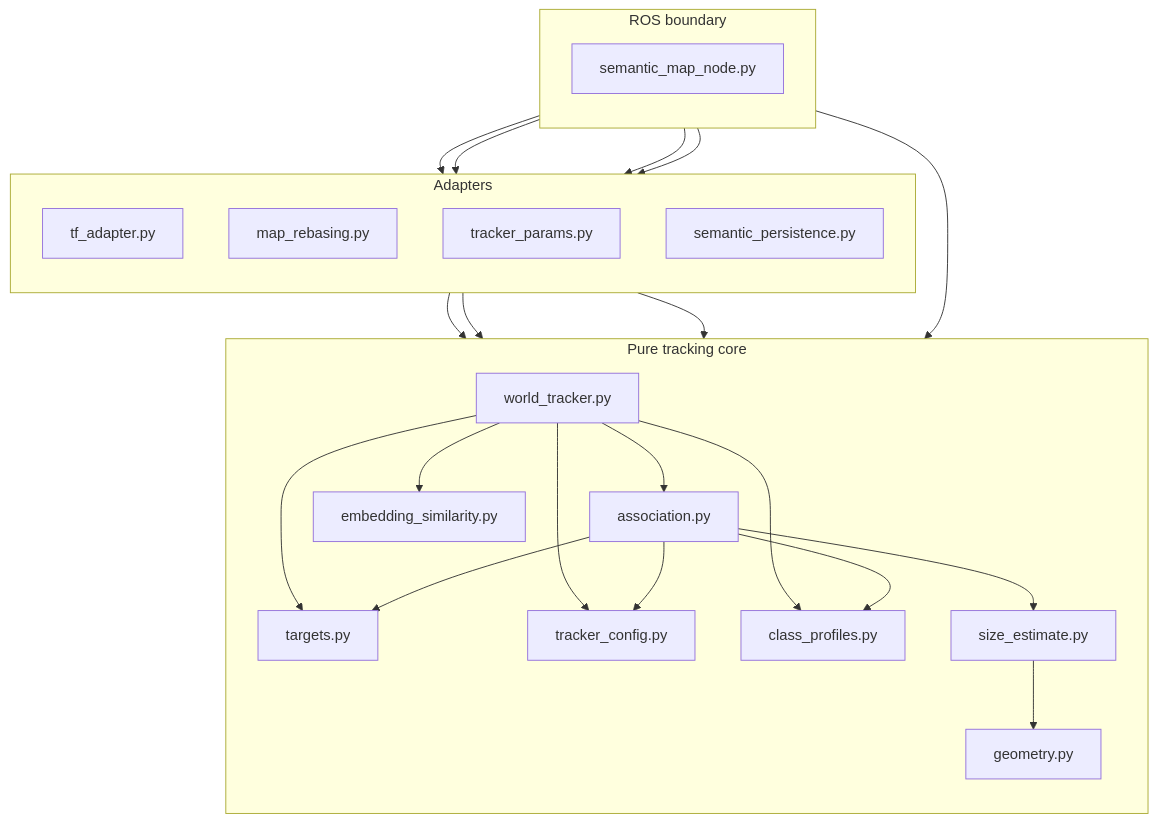
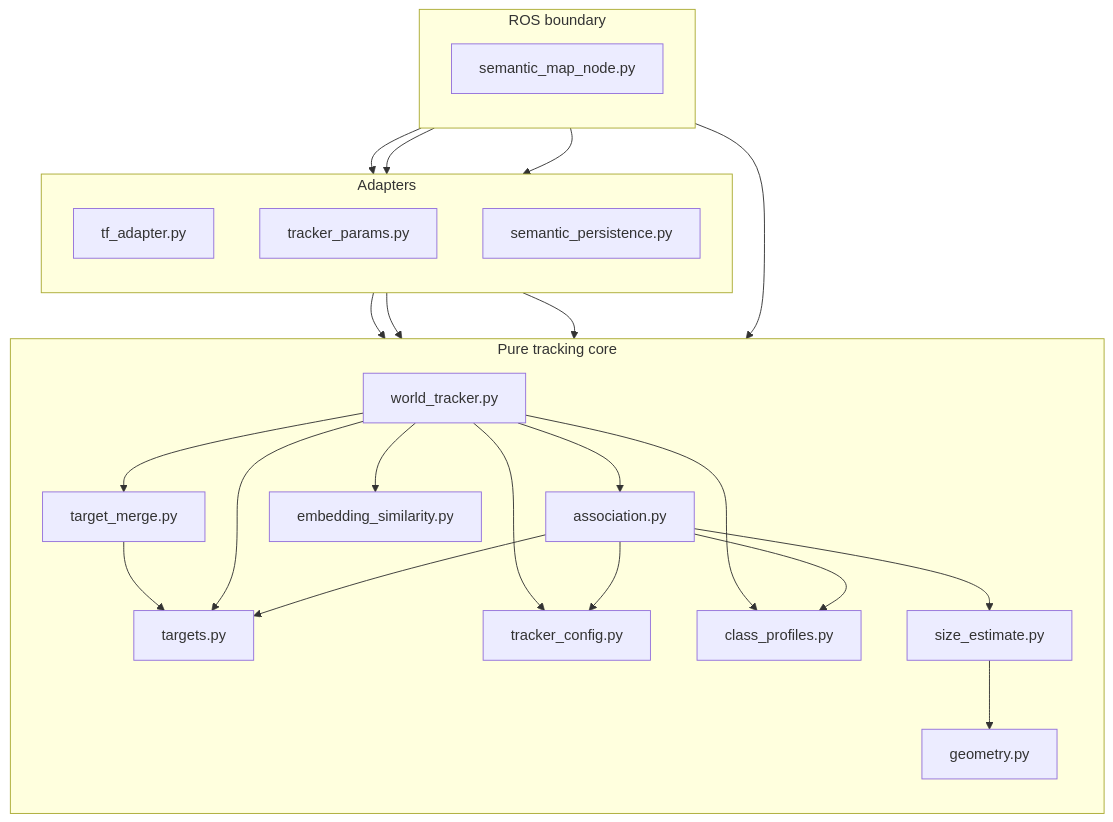
Before and after one commit to Boston-Robot-Hackers/dome_semantic: the first of 2 diagrams in process/01-literate/00-overview.md, drawn with Mermaid. The commit also changed other lines of this file and 25 other files, not shown here.

First line of the commit message:
feat(F36): stable targets — no re-basing, 0.4 m can radius, merge pass, keep lost

````diff
--- a/process/01-literate/00-overview.md
+++ b/process/01-literate/00-overview.md
@@ -45,44 +53,45 @@
 ```mermaid
 flowchart TB
     subgraph "ROS boundary"
         direction TB
         NODE[semantic_map_node.py]
     end
     subgraph "Adapters"
         direction TB
         TF[tf_adapter.py]
-        REBASE[map_rebasing.py]
         PARAMS[tracker_params.py]
         PERSIST[semantic_persistence.py]
     end
     subgraph "Pure tracking core"
         direction TB
         WT[world_tracker.py]
+        MERGE[target_merge.py]
         ASSOC[association.py]
         TARGETS[targets.py]
         CFG[tracker_config.py]
         PROFILES[class_profiles.py]
         SIM[embedding_similarity.py]
         SIZE[size_estimate.py]
         GEOM[geometry.py]
     end
 
     NODE --> TF
-    NODE --> REBASE
     NODE --> PARAMS
     NODE --> PERSIST
     NODE --> WT
     PARAMS --> CFG
     PERSIST --> WT
     PERSIST --> CFG
     WT --> ASSOC
+    WT --> MERGE
+    MERGE --> TARGETS
     WT --> TARGETS
     WT --> CFG
     WT --> PROFILES
     WT --> SIM
     ASSOC --> TARGETS
     ASSOC --> SIZE
     ASSOC --> CFG
     ASSOC --> PROFILES
     SIZE --> GEOM
 ```
````
